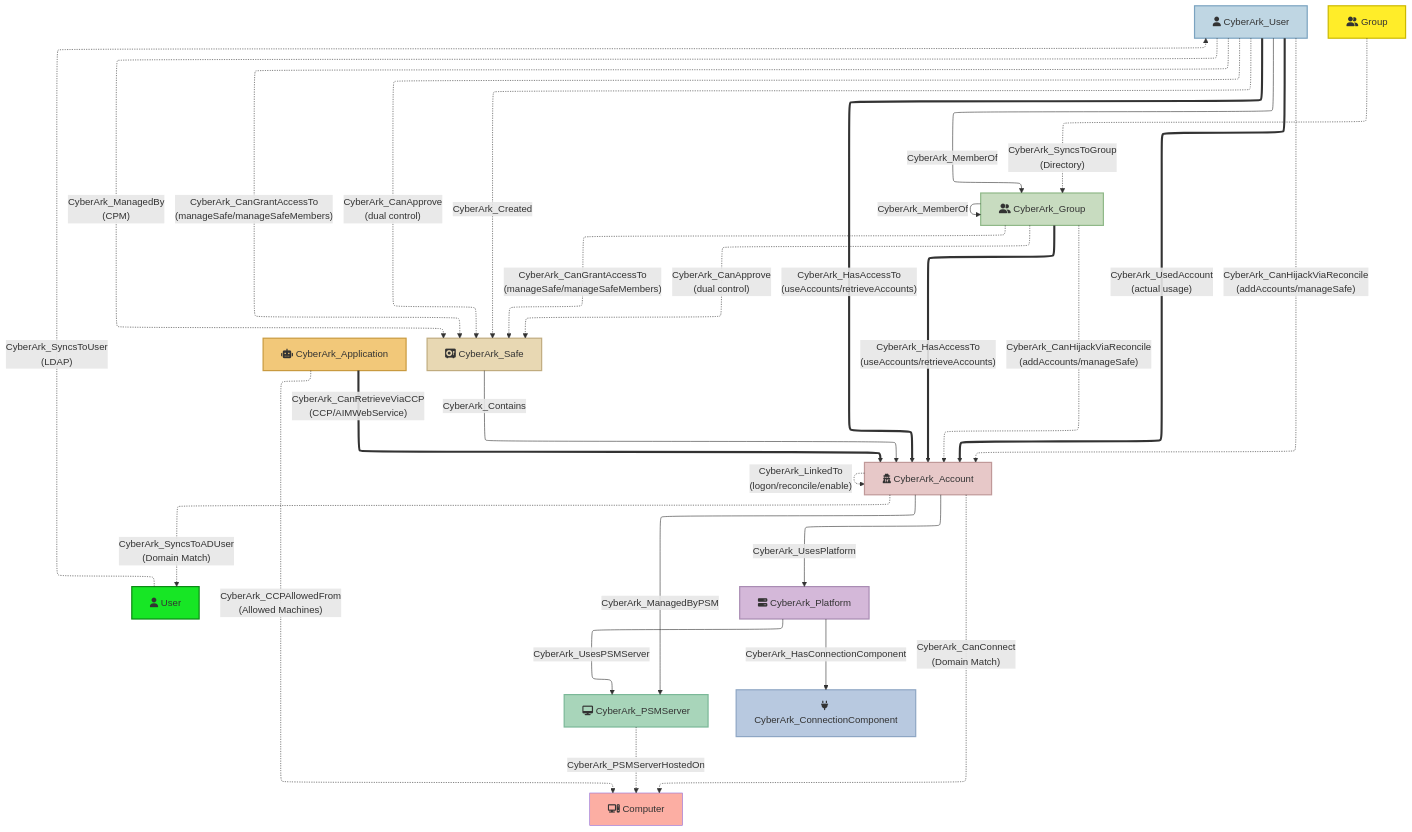
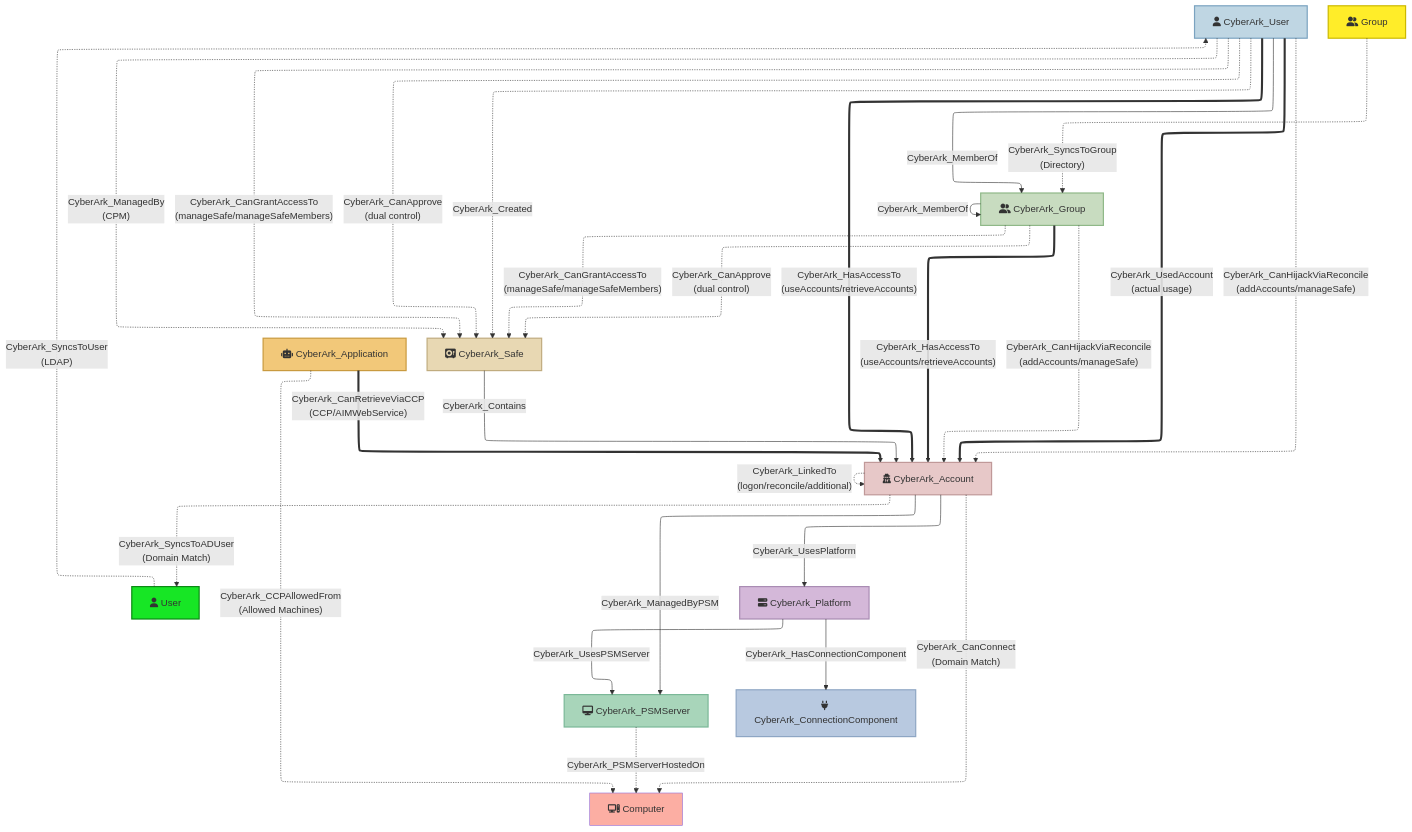
One commit to jazofra/CyberArkHound changed the diagram in README.md. Above: the diagram before and after it, drawn with Mermaid. The commit also changed other lines of this file and 5 other files, not shown here.

````diff
--- a/README.md
+++ b/README.md
@@ -1101,44 +1109,44 @@
 ```mermaid
 ---
 config:
  layout: elk
 ---
 flowchart TD
  User["fa:fa-user User"] -. CyberArk_SyncsToUser<br>(LDAP) .-> CyberArk_User["fa:fa-user CyberArk_User"]
  Group["fa:fa-user-group Group"] -. CyberArk_SyncsToGroup<br>(Directory) .-> CyberArk_Group["fa:fa-user-group CyberArk_Group"]
  CyberArk_Account["fa:fa-user-secret CyberArk_Account"] -. CyberArk_SyncsToADUser<br>(Domain Match) .-> User
  CyberArk_Account -. CyberArk_CanConnect<br>(Domain Match) .-> Computer["fa:fa-computer Computer"]
  CyberArk_User -- CyberArk_MemberOf --> CyberArk_Group
  CyberArk_Group -- CyberArk_MemberOf --> CyberArk_Group
  CyberArk_User == CyberArk_HasAccessTo<br>(useAccounts/retrieveAccounts) ==> CyberArk_Account
  CyberArk_Group == CyberArk_HasAccessTo<br>(useAccounts/retrieveAccounts) ==> CyberArk_Account
  CyberArk_Application["fa:fa-robot CyberArk_Application"] == CyberArk_CanRetrieveViaCCP<br>(CCP/AIMWebService) ==> CyberArk_Account
  CyberArk_Application -. CyberArk_CCPAllowedFrom<br>(Allowed Machines) .-> Computer
  CyberArk_User == CyberArk_UsedAccount<br>(actual usage) ==> CyberArk_Account
  CyberArk_User -. CyberArk_CanGrantAccessTo<br>(manageSafe/manageSafeMembers) .-> CyberArk_Safe["fa:fa-vault CyberArk_Safe"]
  CyberArk_Group -. CyberArk_CanGrantAccessTo<br>(manageSafe/manageSafeMembers) .-> CyberArk_Safe
  CyberArk_User -. CyberArk_CanHijackViaReconcile<br>(addAccounts/manageSafe) .-> CyberArk_Account
  CyberArk_Group -. CyberArk_CanHijackViaReconcile<br>(addAccounts/manageSafe) .-> CyberArk_Account
  CyberArk_User -. CyberArk_CanApprove<br>(dual control) .-> CyberArk_Safe
  CyberArk_Group -. CyberArk_CanApprove<br>(dual control) .-> CyberArk_Safe
  CyberArk_Safe -- CyberArk_Contains --> CyberArk_Account
  CyberArk_User -. CyberArk_Created .-> CyberArk_Safe
  CyberArk_User -. CyberArk_ManagedBy<br>(CPM) .-> CyberArk_Safe
- CyberArk_Account -. CyberArk_LinkedTo<br>(logon/reconcile/enable) .-> CyberArk_Account
+ CyberArk_Account -. CyberArk_LinkedTo<br>(logon/reconcile/additional) .-> CyberArk_Account
  CyberArk_Account -- CyberArk_UsesPlatform --> CyberArk_Platform["fa:fa-server CyberArk_Platform"]
  CyberArk_Account -- CyberArk_ManagedByPSM --> CyberArk_PSMServer["fa:fa-desktop CyberArk_PSMServer"]
  CyberArk_Platform -- CyberArk_UsesPSMServer --> CyberArk_PSMServer
  CyberArk_Platform -- CyberArk_HasConnectionComponent --> CyberArk_ConnectionComponent["fa:fa-plug CyberArk_ConnectionComponent"]
  CyberArk_PSMServer -. CyberArk_PSMServerHostedOn .-> Computer
  style User fill:#17E625,stroke:#0B8A14,stroke-width:2px
  style Computer fill:#FCAEA3,stroke:DF7E71,stroke-widthg:2px
  style CyberArk_User fill:#BFD6E3,stroke:#7BA3C0,stroke-width:2px
  style Group fill:#FFED29,stroke:#CCB900,stroke-width:2px
  style CyberArk_Group fill:#C8DCC0,stroke:#8FB888,stroke-width:2px
  style CyberArk_Account fill:#E7C8C8,stroke:#C09999,stroke-width:2px
  style CyberArk_Safe fill:#E8D8B3,stroke:#C0AC7F,stroke-width:2px
  style CyberArk_Platform fill:#D4B8D9,stroke:#A98CB3,stroke-width:2px
  style CyberArk_PSMServer fill:#A8D5BA,stroke:#7BB898,stroke-width:2px
  style CyberArk_ConnectionComponent fill:#B8C9E0,stroke:#8EA6C4,stroke-width:2px
  style CyberArk_Application fill:#F2C879,stroke:#C99A3F,stroke-width:2px
 ```
````
